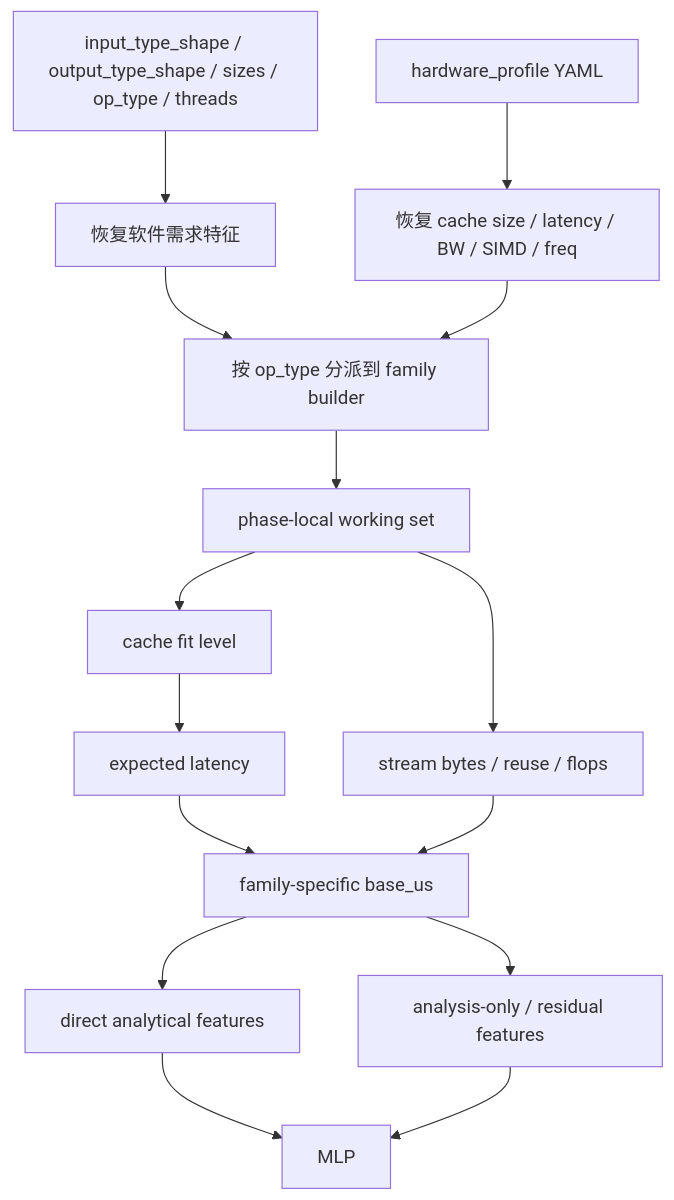
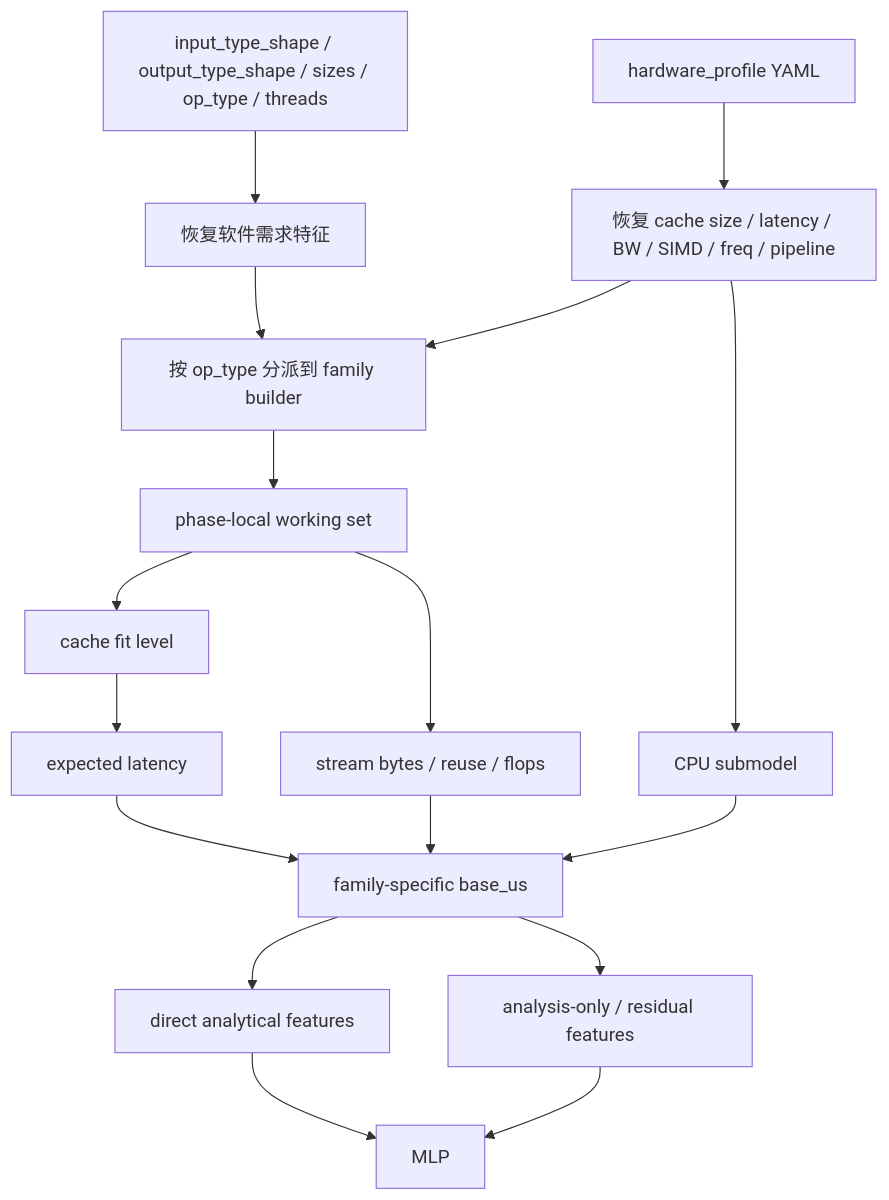
One commit to superQCman/ORT changed the first of 5 diagrams in ANALYTICAL_MODEL_V2.md. Above: the diagram before and after it, drawn with Mermaid. The commit also changed other lines of this file and 1 other file, not shown here.

Commit message:
Document CPU submodel in analytical model v2

````diff
--- a/ANALYTICAL_MODEL_V2.md
+++ b/ANALYTICAL_MODEL_V2.md
@@ -165,17 +177,19 @@
 ```mermaid
 flowchart TD
     A[input_type_shape / output_type_shape / sizes / op_type / threads] --> B[恢复软件需求特征]
-    H[hardware_profile YAML] --> C[恢复 cache size / latency / BW / SIMD / freq]
+    H[hardware_profile YAML] --> C[恢复 cache size / latency / BW / SIMD / freq / pipeline]
     B --> D[按 op_type 分派到 family builder]
     C --> D
     D --> E[phase-local working set]
     E --> F[cache fit level]
     F --> G[expected latency]
     E --> I[stream bytes / reuse / flops]
+    C --> P[CPU submodel]
+    P --> J
     G --> J[family-specific base_us]
     I --> J
     J --> K[direct analytical features]
     J --> L[analysis-only / residual features]
     K --> M[MLP]
     L --> M
 ```
````
